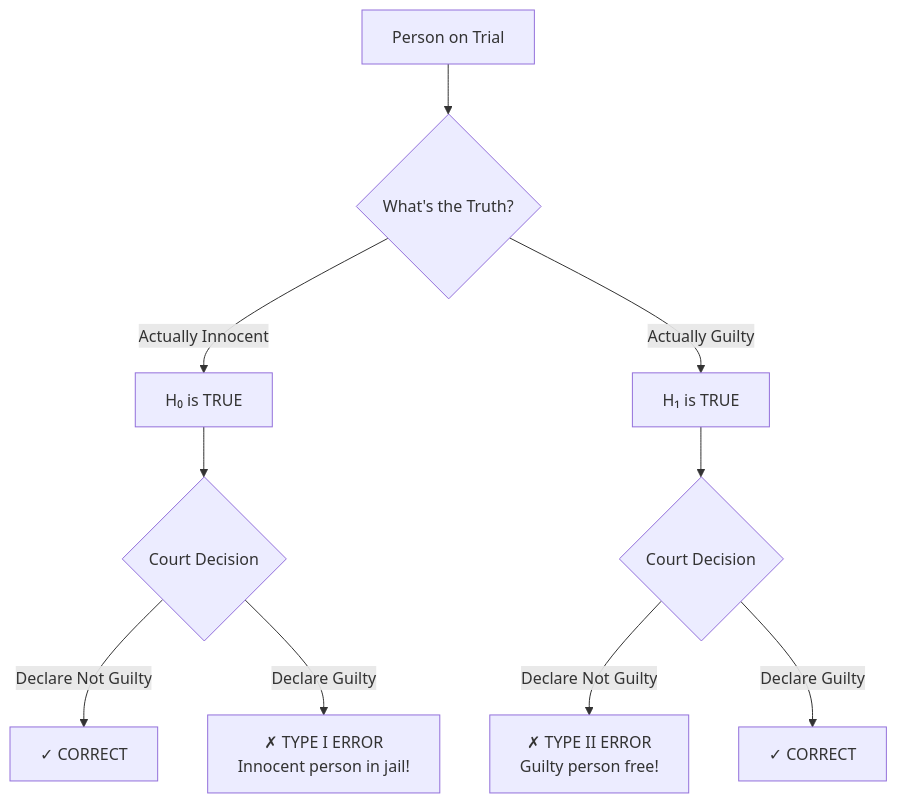
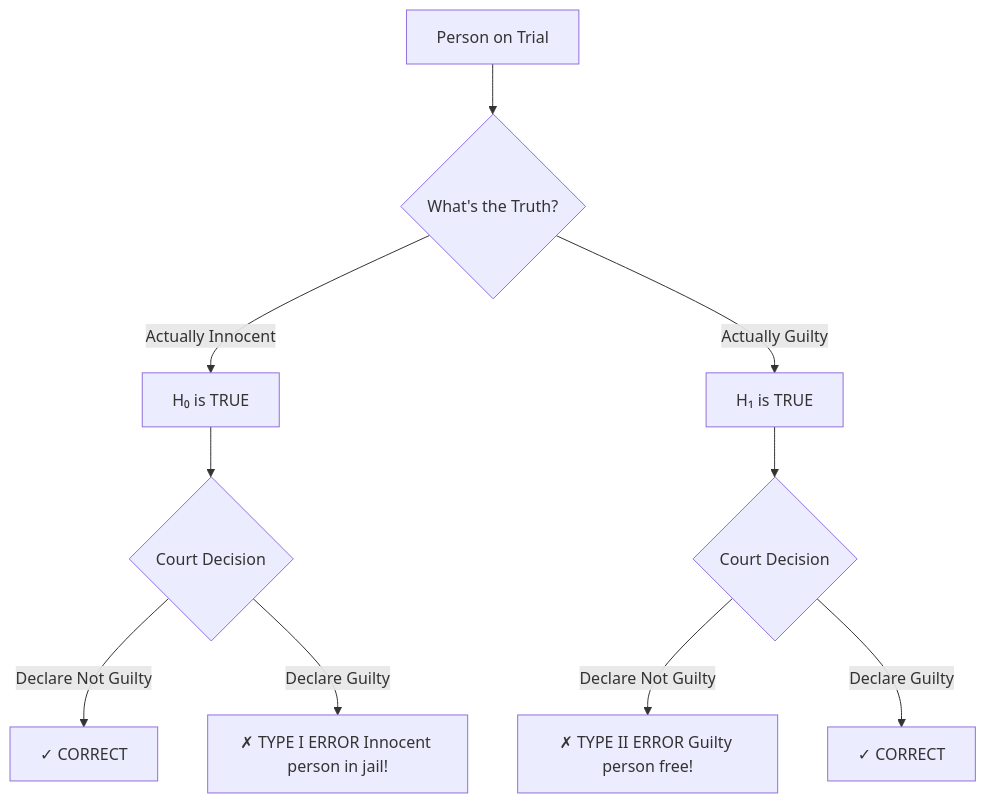
Before and after one commit to daxxac/mba-notes: the first of 4 diagrams in docs/research-methods/lecture-06.md, drawn with Mermaid. The commit also changed other lines of this file and 4 other files, not shown here.

First line of the commit message:
Fix Mermaid diagram parsing errors: replace <br/> with spaces

````diff
--- a/docs/research-methods/lecture-06.md
+++ b/docs/research-methods/lecture-06.md
@@ -47,12 +47,12 @@
 ```mermaid
 graph TD
     A[Person on Trial] --> B{What's the Truth?}
     B -->|Actually Innocent| C[H₀ is TRUE]
     B -->|Actually Guilty| D[H₁ is TRUE]
     C --> E{Court Decision}
     D --> F{Court Decision}
     E -->|Declare Not Guilty| G[✓ CORRECT]
-    E -->|Declare Guilty| H[✗ TYPE I ERROR<br/>Innocent person in jail!]
-    F -->|Declare Not Guilty| I[✗ TYPE II ERROR<br/>Guilty person free!]
+    E -->|Declare Guilty| H[✗ TYPE I ERROR Innocent person in jail!]
+    F -->|Declare Not Guilty| I[✗ TYPE II ERROR Guilty person free!]
     F -->|Declare Guilty| J[✓ CORRECT]
 ```
````
